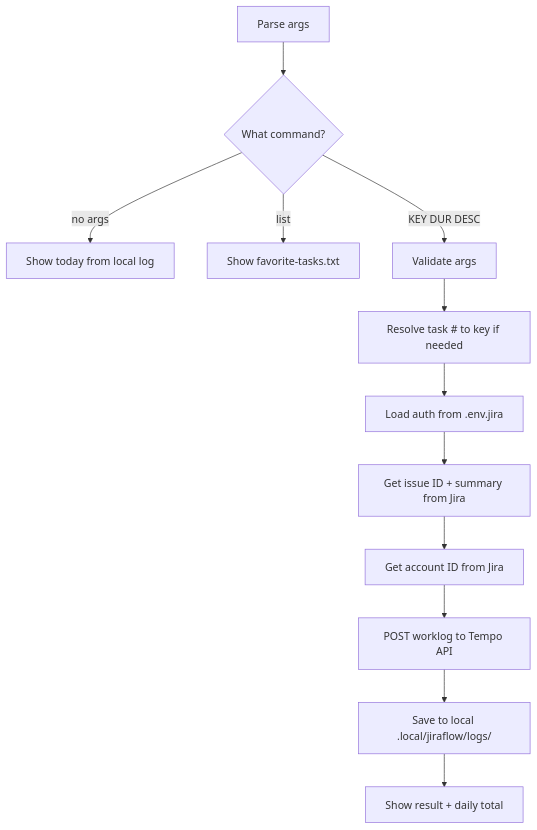
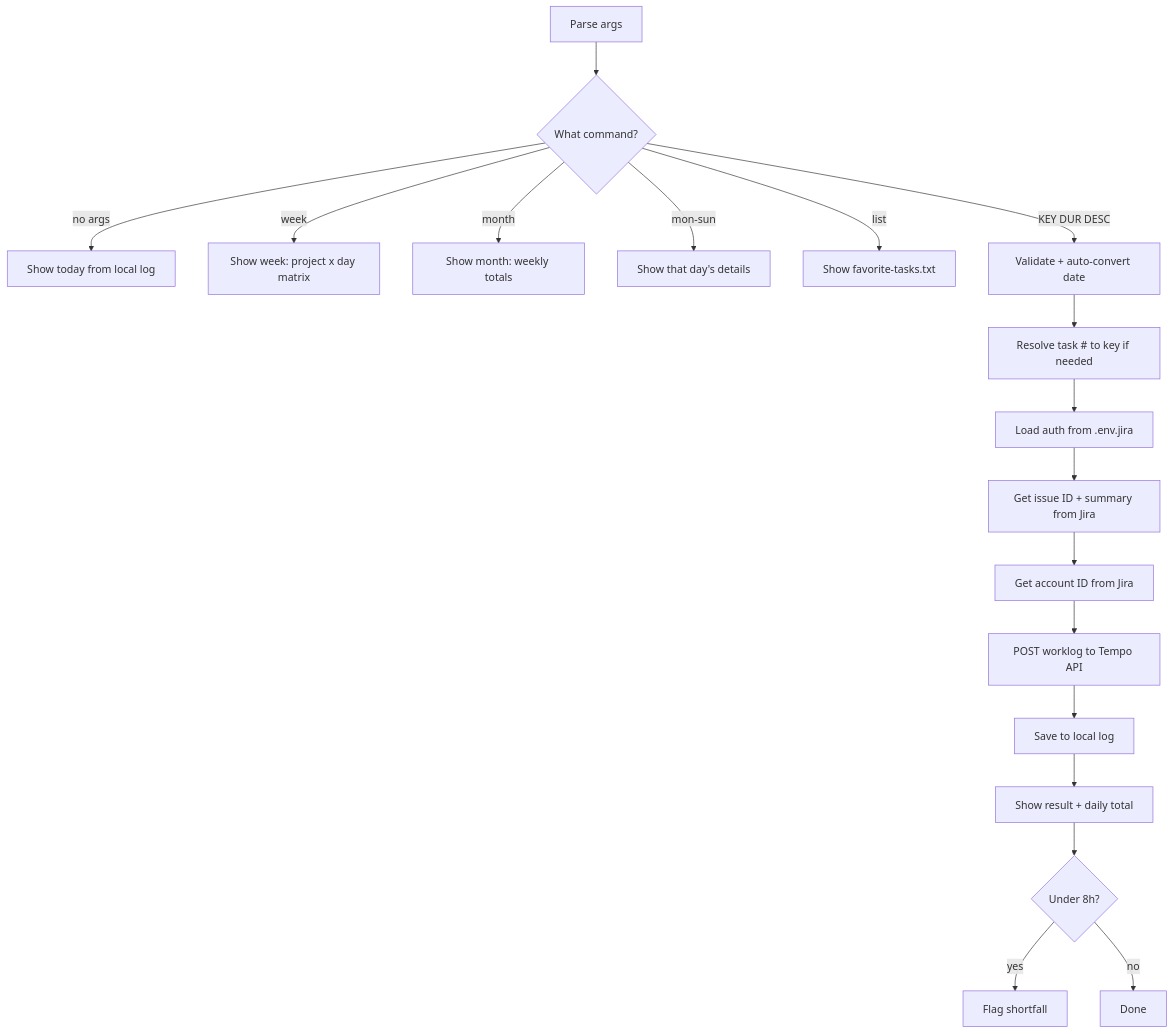
The diagram in .ai/plugins/jiraflow/skills/jira-log/README.md (manpham-saritasa/devflow), drawn with Mermaid before and after one commit. The commit also changed other lines of this file and 1 other file, not shown here.

Commit message:
Update jlog README with new features, fix table rendering KEY-20

````diff
--- a/.ai/plugins/jiraflow/skills/jira-log/README.md
+++ b/.ai/plugins/jiraflow/skills/jira-log/README.md
@@ -56,14 +81,20 @@
 ```mermaid
 flowchart TD
     A[Parse args] --> B{What command?}
     B -->|no args| C[Show today from local log]
-    B -->|list| D[Show favorite-tasks.txt]
-    B -->|KEY DUR DESC| E[Validate args]
+    B -->|week| W[Show week: project x day matrix]
+    B -->|month| M[Show month: weekly totals]
+    B -->|mon-sun| D2[Show that day's details]
+    B -->|list| L[Show favorite-tasks.txt]
+    B -->|KEY DUR DESC| E[Validate + auto-convert date]
     E --> F[Resolve task # to key if needed]
     F --> G[Load auth from .env.jira]
     G --> H[Get issue ID + summary from Jira]
     H --> I[Get account ID from Jira]
     I --> J[POST worklog to Tempo API]
-    J --> K[Save to local .local/jiraflow/logs/]
-    K --> L[Show result + daily total]
+    J --> K[Save to local log]
+    K --> S[Show result + daily total]
+    S --> U{Under 8h?}
+    U -->|yes| FLAG[Flag shortfall]
+    U -->|no| DONE[Done]
 ```
````
